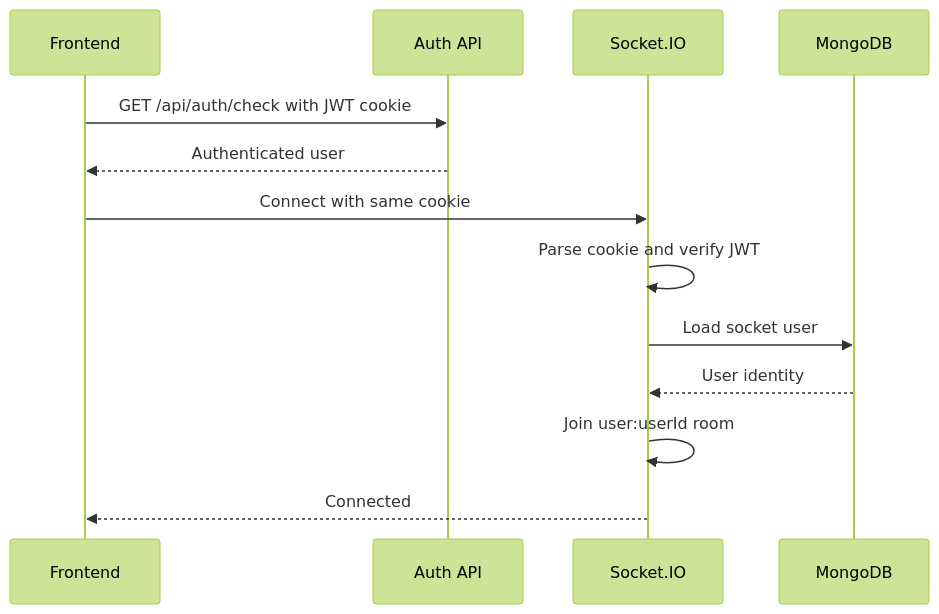
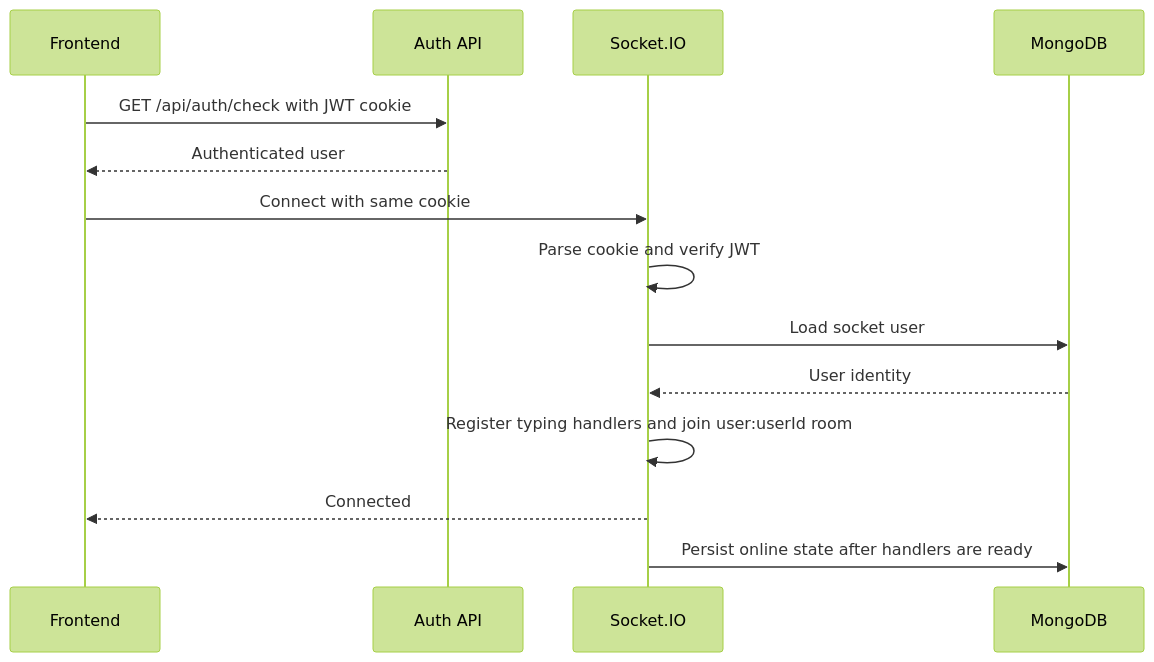
One commit to Saurav11343/click-chat changed the first of 5 diagrams in docs/05-realtime-events.md. Above: the diagram before and after it, drawn with Mermaid (forest theme). The commit also changed other lines of this file and 11 other files, not shown here.

Commit message:
update diagrams

````diff
--- a/docs/05-realtime-events.md
+++ b/docs/05-realtime-events.md
@@ -15,16 +15,17 @@
 ```mermaid
 sequenceDiagram
     participant F as Frontend
     participant API as Auth API
     participant IO as Socket.IO
     participant DB as MongoDB
 
     F->>API: GET /api/auth/check with JWT cookie
     API-->>F: Authenticated user
     F->>IO: Connect with same cookie
     IO->>IO: Parse cookie and verify JWT
     IO->>DB: Load socket user
     DB-->>IO: User identity
-    IO->>IO: Join user:userId room
+    IO->>IO: Register typing handlers and join user:userId room
     IO-->>F: Connected
+    IO->>DB: Persist online state after handlers are ready
 ```
````
